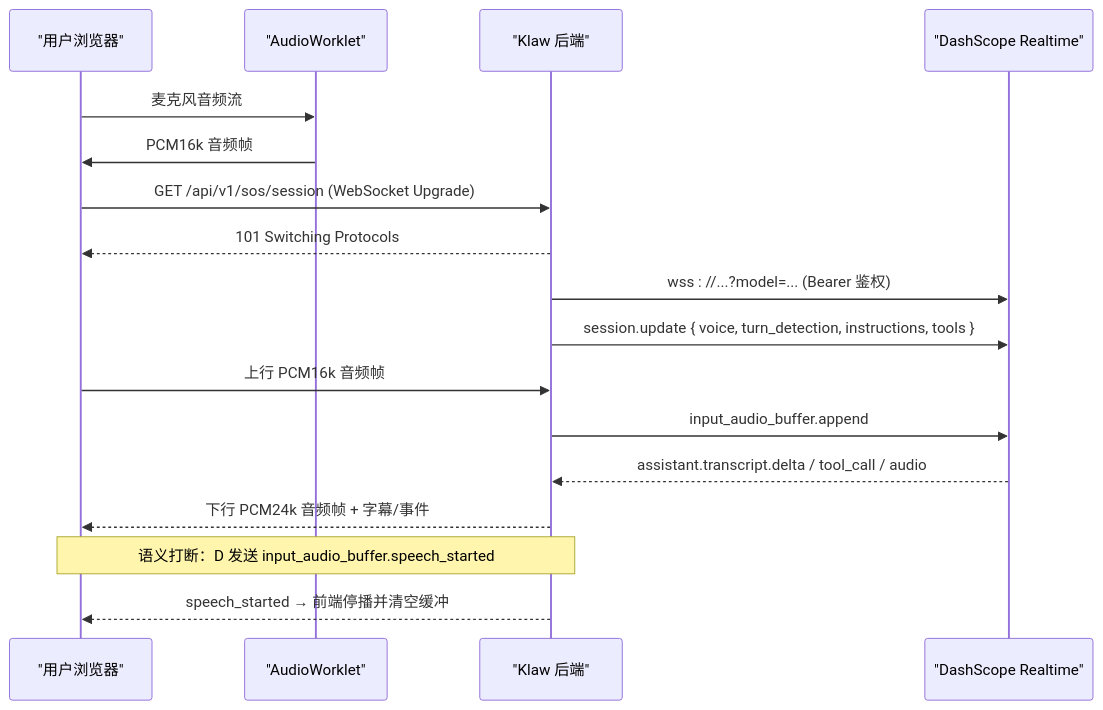
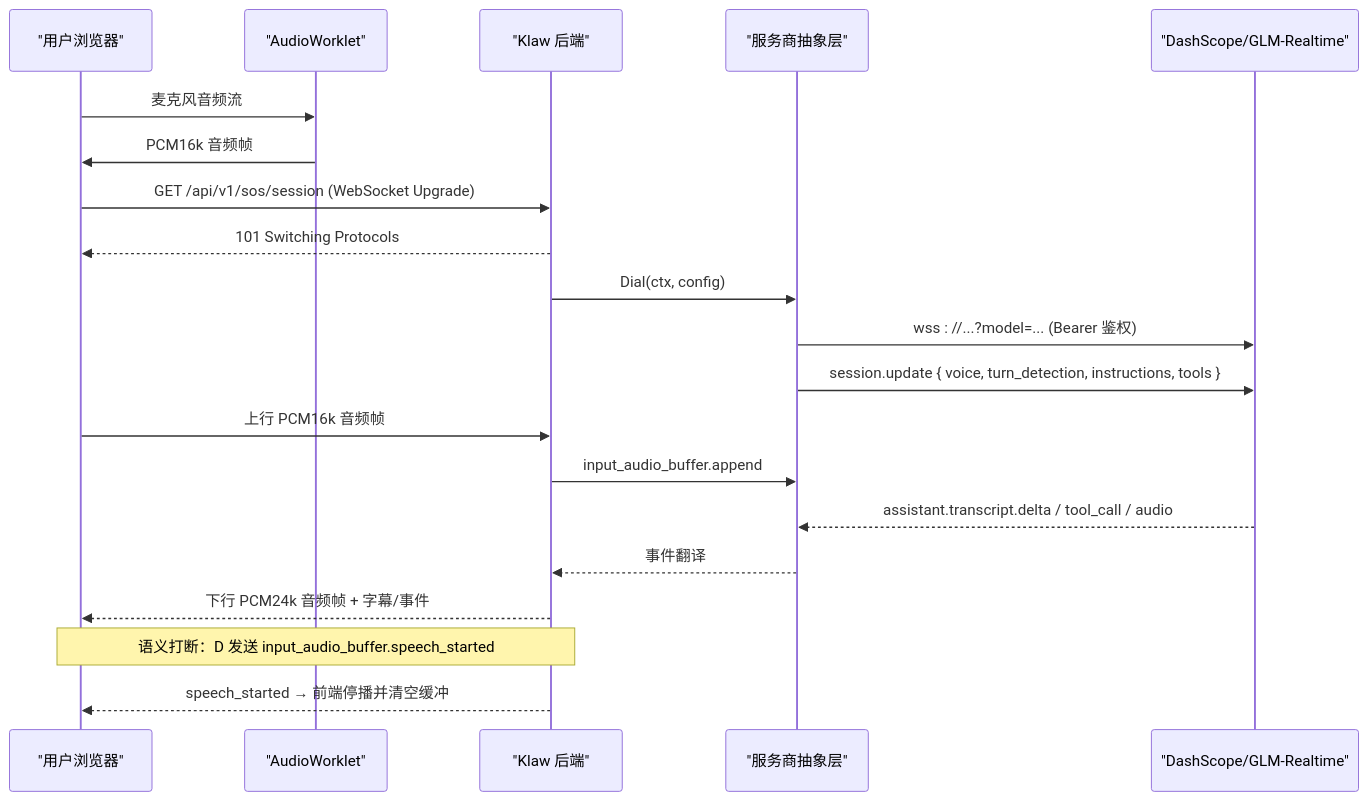
Before and after one commit to kudig-io/klaw: the second of 9 diagrams in .qoder/repowiki/zh/content/Web前端应用/SOS紧急语音对话模式设计.md, drawn with Mermaid. The commit also changed other lines of this file and 336 other files, not shown here.

````diff
--- a/.qoder/repowiki/zh/content/Web前端应用/SOS紧急语音对话模式设计.md
+++ b/.qoder/repowiki/zh/content/Web前端应用/SOS紧急语音对话模式设计.md
@@ -100,19 +107,22 @@
 ```mermaid
 sequenceDiagram
 participant U as "用户浏览器"
 participant A as "AudioWorklet"
 participant S as "Klaw 后端"
-participant D as "DashScope Realtime"
+participant P as "服务商抽象层"
+participant D as "DashScope/GLM-Realtime"
 U->>A : 麦克风音频流
 A->>U : PCM16k 音频帧
 U->>S : GET /api/v1/sos/session (WebSocket Upgrade)
 S-->>U : 101 Switching Protocols
-S->>D : wss : //...?model=... (Bearer 鉴权)
-S->>D : session.update { voice, turn_detection, instructions, tools }
+S->>P : Dial(ctx, config)
+P->>D : wss : //...?model=... (Bearer 鉴权)
+P->>D : session.update { voice, turn_detection, instructions, tools }
 U->>S : 上行 PCM16k 音频帧
-S->>D : input_audio_buffer.append
-D-->>S : assistant.transcript.delta / tool_call / audio
+S->>P : input_audio_buffer.append
+D-->>P : assistant.transcript.delta / tool_call / audio
+P-->>S : 事件翻译
 S-->>U : 下行 PCM24k 音频帧 + 字幕/事件
 Note over U,S : 语义打断：D 发送 input_audio_buffer.speech_started
 S-->>U : speech_started → 前端停播并清空缓冲
 ```
````
